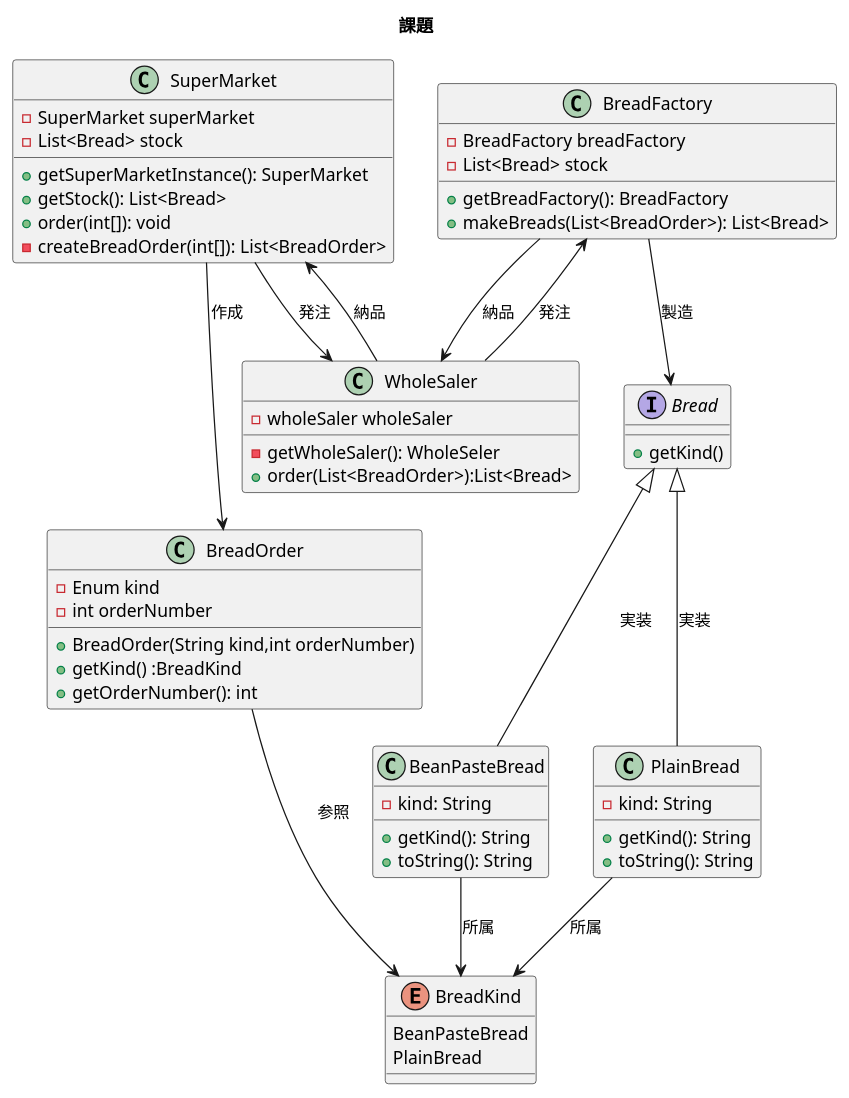
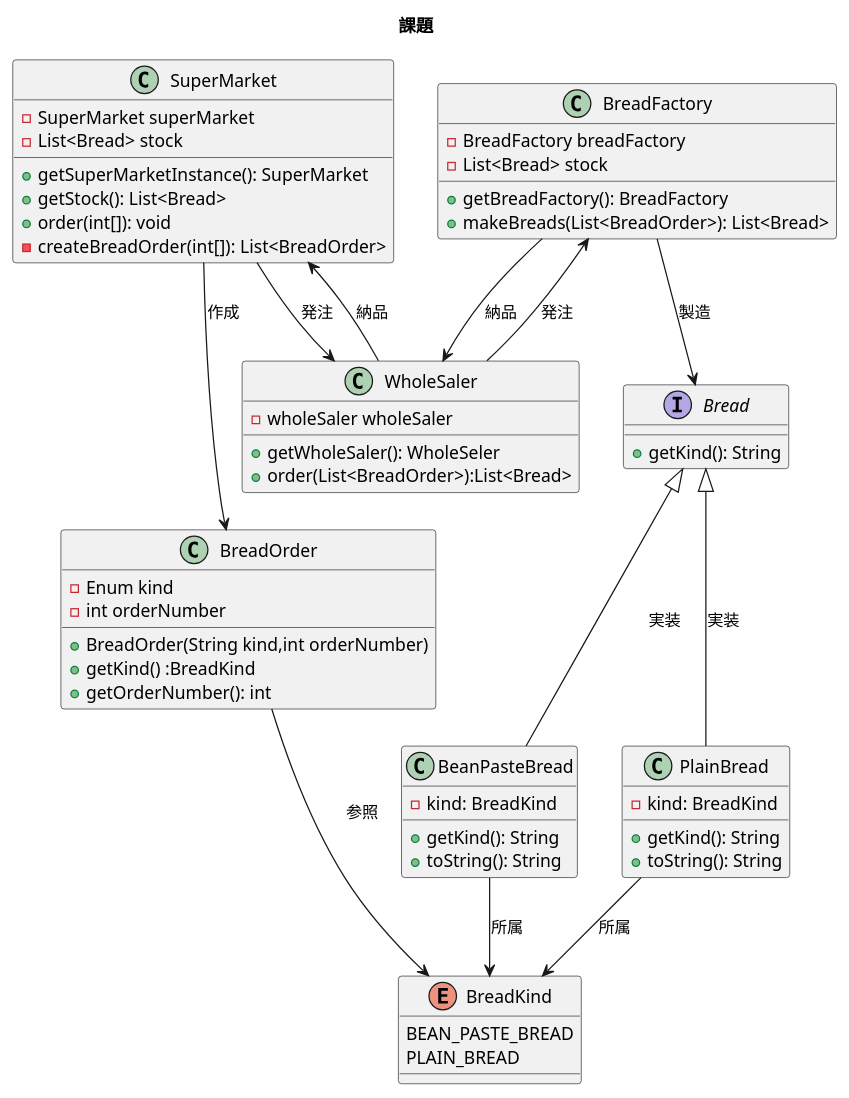
Before and after one commit to Nekonisi/Study: the diagram in 02_技術/デザインパターン/課題/クラス図.pu, drawn with PlantUML. The commit also changed 11 other files, not shown here.

```diff
--- a/02_技術/デザインパターン/課題/クラス図.pu
+++ b/02_技術/デザインパターン/課題/クラス図.pu
@@ -4,71 +4,72 @@
 @startuml
 
 title 課題
 
 class SuperMarket {
 	-SuperMarket superMarket
 	-List<Bread> stock
 	+getSuperMarketInstance(): SuperMarket
 	+getStock(): List<Bread>
 	+order(int[]): void
 	-createBreadOrder(int[]): List<BreadOrder>
 }
 
 Class BreadOrder {
 	-Enum kind
 	-int orderNumber
 	+BreadOrder(String kind,int orderNumber)
 	+getKind() :BreadKind
 	+getOrderNumber(): int
 }
 
 Enum BreadKind {
-	BeanPasteBread
-	PlainBread
+	BEAN_PASTE_BREAD
+	PLAIN_BREAD
 }
 
 class WholeSaler{
 	-wholeSaler wholeSaler
-	-getWholeSaler(): WholeSeler
+	+getWholeSaler(): WholeSeler
 	+order(List<BreadOrder>):List<Bread>
 }
 
 class BreadFactory {
 	-BreadFactory breadFactory
 	-List<Bread> stock
 	+getBreadFactory(): BreadFactory
 	+makeBreads(List<BreadOrder>): List<Bread>
 }
 
 interface Bread {
- +getKind()
+ +getKind(): String
 }
 
 class BeanPasteBread {
-	-kind: String
+	-kind: BreadKind
 	+getKind(): String
 	+toString(): String
 }
 
 class PlainBread{
-	-kind: String
+	-kind: BreadKind
 	+getKind(): String
 	+toString(): String
 }
 
 SuperMarket --> WholeSaler: 発注
 SuperMarket <-- WholeSaler: 納品
 SuperMarket --> BreadOrder : 作成
 BreadOrder --> BreadKind: 参照
 
 Bread <|-- BeanPasteBread: 実装
 Bread <|-- PlainBread: 実装
 
 BreadFactory --> Bread: 製造
 
 BreadFactory --> WholeSaler: 納品
 BreadFactory <-- WholeSaler: 発注
 
 BeanPasteBread --> BreadKind: 所属
 PlainBread --> BreadKind: 所属
+
 @enduml
```
